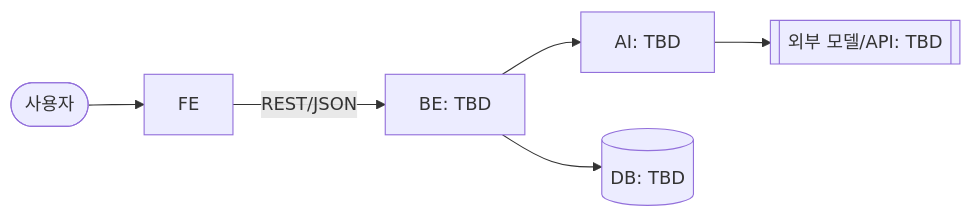
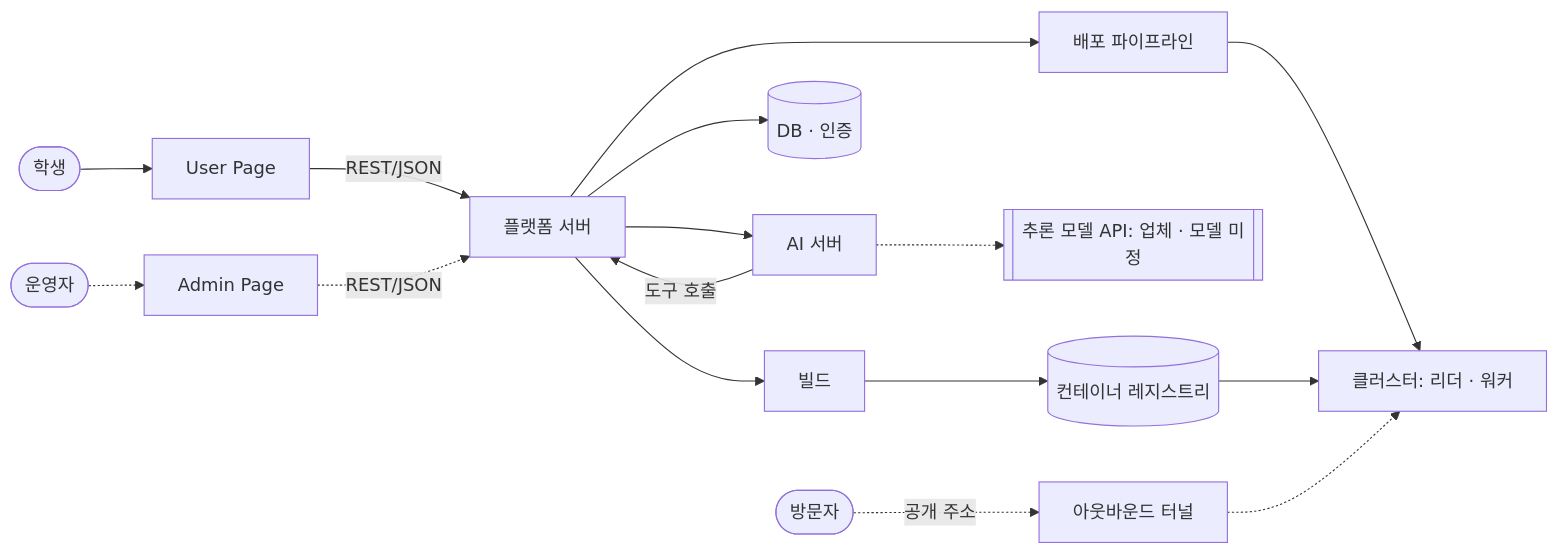
One commit to woowangthon/WOOWANGTHON_TEAM_18 changed the diagram in docs/SRS.md. Above: the diagram before and after it, drawn with Mermaid. The commit also changed other lines of this file and 3 other files, not shown here.

First line of the commit message:
docs: SRS 작성, 시스템 정의서 · ai-scope를 합의된 배포 워크플로우에 맞추기 (#89)

````diff
--- a/docs/SRS.md
+++ b/docs/SRS.md
@@ -101,8 +113,18 @@
 ```mermaid
 flowchart LR
-  user([사용자]) --> fe[FE]
-  fe -->|REST/JSON| be[BE: TBD]
-  be --> ai[AI: TBD]
-  be --> db[(DB: TBD)]
-  ai --> llm[[외부 모델/API: TBD]]
+  student([학생]) --> up[User Page]
+  operator([운영자]) -.-> ap[Admin Page]
+  visitor([방문자]) -.->|공개 주소| tunnel[아웃바운드 터널]
+  up -->|REST/JSON| be[플랫폼 서버]
+  ap -.->|REST/JSON| be
+  be --> db[(DB · 인증)]
+  be --> ai[AI 서버]
+  ai -.-> llm[[추론 모델 API: 업체 · 모델 미정]]
+  ai -->|도구 호출| be
+  be --> build[빌드]
+  build --> reg[(컨테이너 레지스트리)]
+  be --> pipe[배포 파이프라인]
+  pipe --> cluster[클러스터: 리더 · 워커]
+  reg --> cluster
+  tunnel -.-> cluster
 ```
````
